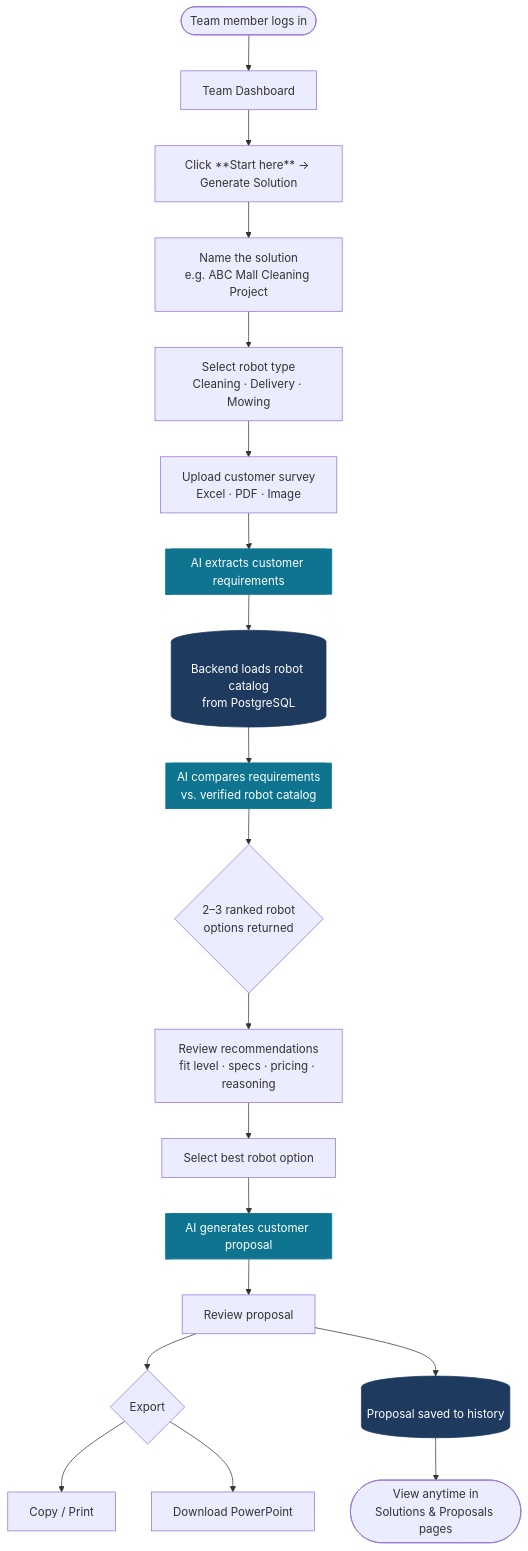
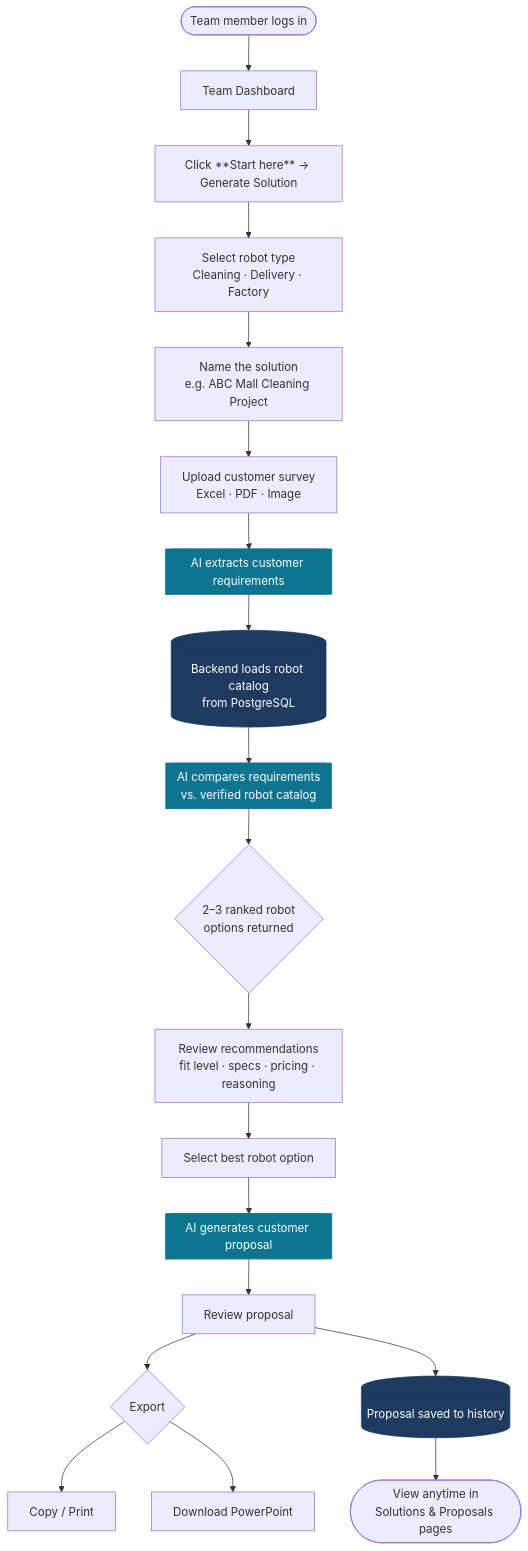
The diagram in README.md (RAAS-PAL/RaasPal-Internal-Ops-backend), drawn with Mermaid before and after one commit.

````diff
--- a/README.md
+++ b/README.md
@@ -9,34 +9,34 @@
 ```mermaid
 flowchart TD
     A([Team member logs in]) --> B[Team Dashboard]
     B --> C[Click **Start here** → Generate Solution]
 
-    C --> D[Name the solution\ne.g. ABC Mall Cleaning Project]
-    D --> E[Select robot type\nCleaning · Delivery · Mowing]
+    C --> D[Select robot type\nCleaning · Delivery · Factory]
+    D --> E[Name the solution\ne.g. ABC Mall Cleaning Project]
     E --> F[Upload customer survey\nExcel · PDF · Image]
 
     F --> G[[AI extracts customer requirements]]
     G --> H[(Backend loads robot catalog\nfrom PostgreSQL)]
     H --> I[[AI compares requirements\nvs. verified robot catalog]]
 
     I --> J{2–3 ranked robot\noptions returned}
 
     J --> K[Review recommendations\nfit level · specs · pricing · reasoning]
     K --> L[Select best robot option]
 
     L --> M[[AI generates customer proposal]]
     M --> N[Review proposal]
 
     N --> O{Export}
     O --> P[Copy / Print]
     O --> Q[Download PowerPoint]
 
     N --> R[(Proposal saved to history)]
     R --> S([View anytime in\nSolutions & Proposals pages])
 
     style G fill:#0e7490,color:#fff,stroke:#0e7490
     style I fill:#0e7490,color:#fff,stroke:#0e7490
     style M fill:#0e7490,color:#fff,stroke:#0e7490
     style H fill:#1e3a5f,color:#fff,stroke:#1e3a5f
     style R fill:#1e3a5f,color:#fff,stroke:#1e3a5f
 ```
````
